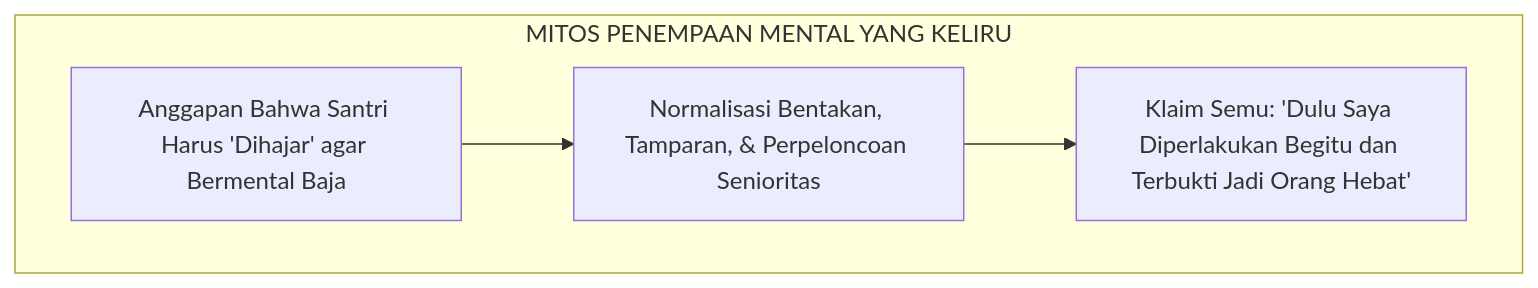
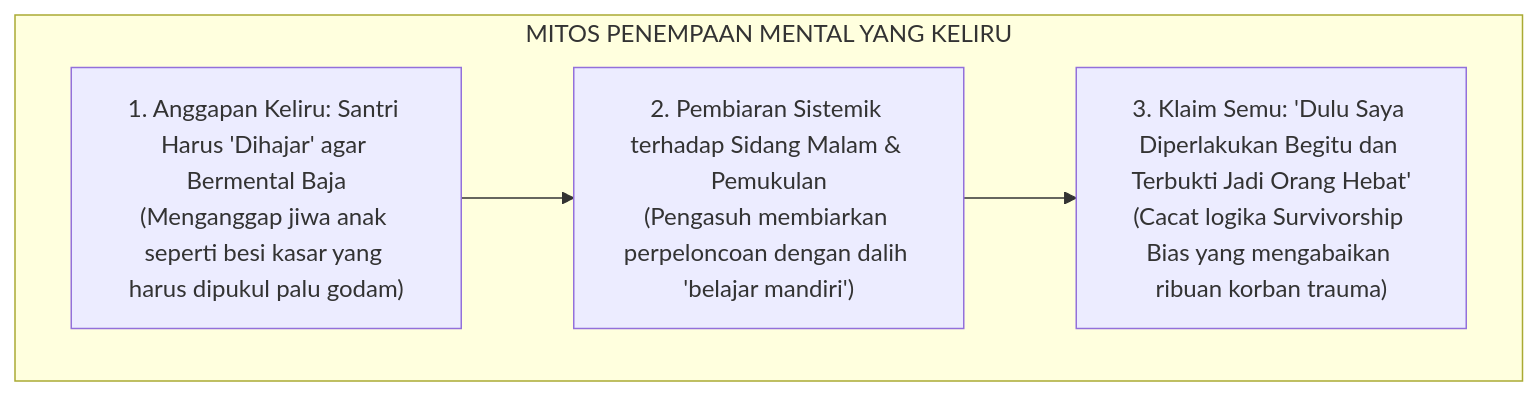
The first of 5 diagrams in BOOK-SERIES/Volume-01/Bab-01-Krisis-Karakter-dan-Urgensi-Rekonstruksi/02-Fenomenologi-Kekerasan-dan-Senioritas-Feodal.md (wandiapriliyandi/tumbuh), drawn with Mermaid before and after one commit. The commit also changed other lines of this file, not shown here.

Commit message:
docs(bab-1.2): perjelas secara mendalam seluruh uraian piramida kekerasan Galtung, dekonstruksi Ibnu Khaldun, dan 4 pilar Zero Violence TUMBUH

````diff
--- a/BOOK-SERIES/Volume-01/Bab-01-Krisis-Karakter-dan-Urgensi-Rekonstruksi/02-Fenomenologi-Kekerasan-dan-Senioritas-Feodal.md
+++ b/BOOK-SERIES/Volume-01/Bab-01-Krisis-Karakter-dan-Urgensi-Rekonstruksi/02-Fenomenologi-Kekerasan-dan-Senioritas-Feodal.md
@@ -18,7 +18,12 @@
 ```mermaid
 graph TD
     subgraph MitosTradisi["MITOS PENEMPAAN MENTAL YANG KELIRU"]
-        M1["Anggapan Bahwa Santri Harus 'Dihajar' agar Bermental Baja"] --> M2["Normalisasi Bentakan, Tamparan, & Perpeloncoan Senioritas"]
-        M2 --> M3["Klaim Semu: 'Dulu Saya Diperlakukan Begitu dan Terbukti Jadi Orang Hebat'"]
+        M1["1. Anggapan Keliru: Santri Harus 'Dihajar' agar Bermental Baja<br/>(Menganggap jiwa anak seperti besi kasar yang harus dipukul palu godam)"]
+        
+        M2["2. Pembiaran Sistemik terhadap Sidang Malam & Pemukulan<br/>(Pengasuh membiarkan perpeloncoan dengan dalih 'belajar mandiri')"]
+        
+        M3["3. Klaim Semu: 'Dulu Saya Diperlakukan Begitu dan Terbukti Jadi Orang Hebat'<br/>(Cacat logika Survivorship Bias yang mengabaikan ribuan korban trauma)"]
+        
+        M1 --> M2 --> M3
     end
 ```
````
